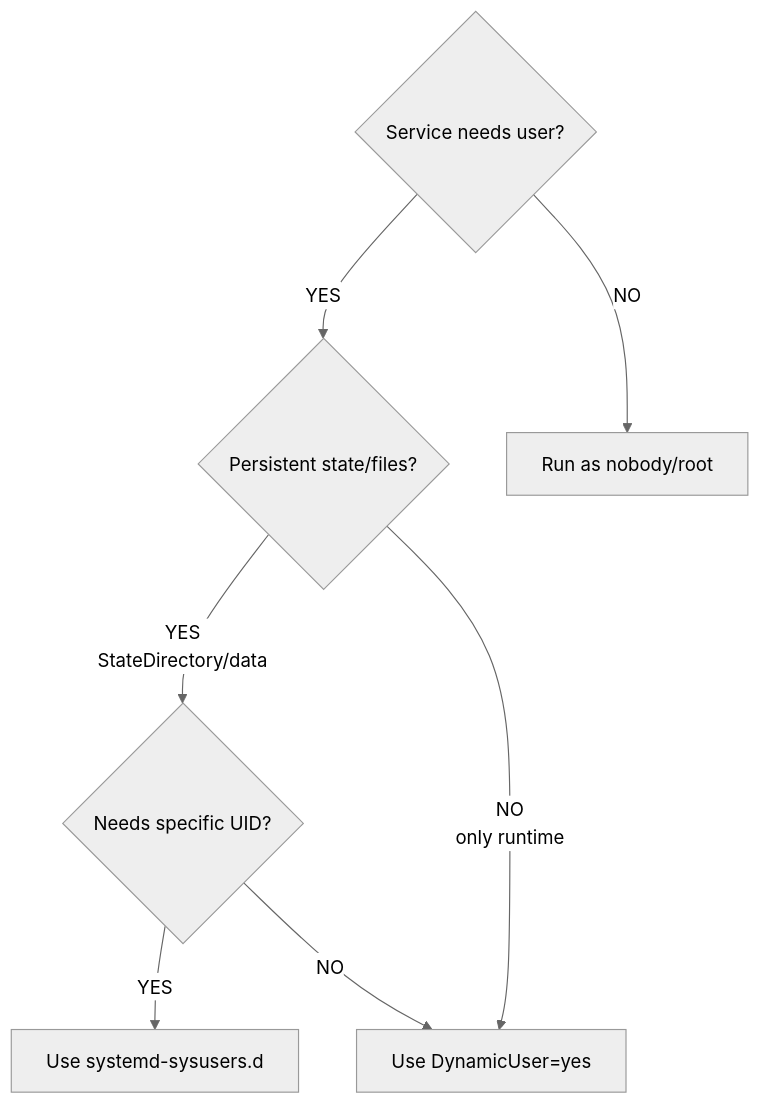
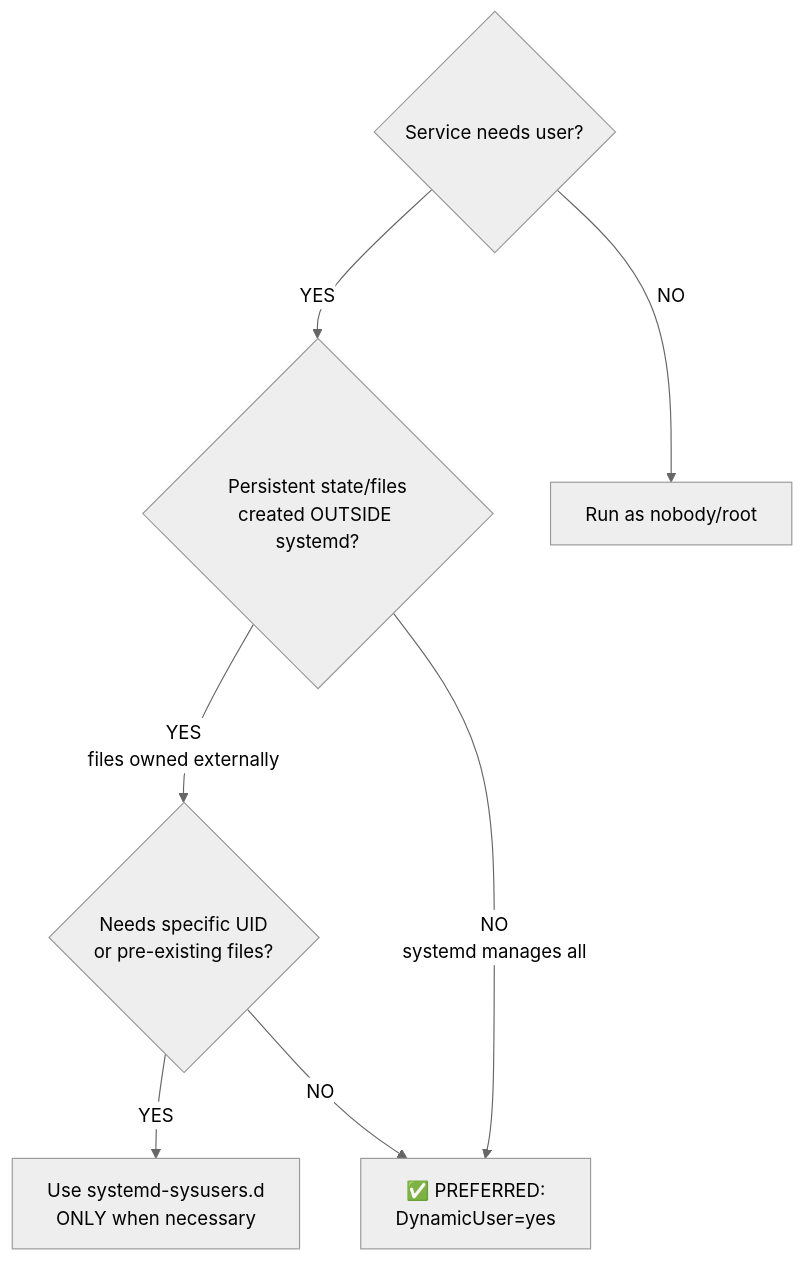
One commit to SteamedFish/dotfiles changed the second of 2 diagrams in .config/agents/skills/archlinux-pkgbuild/systemd-services/SKILL.md. Above: the diagram before and after it, drawn with Mermaid (neutral theme). The commit also changed other lines of this file and 1 other file, not shown here.

First line of the commit message:
skill(archlinux-pkgbuild/systemd-services): mandate service files for daemons and prefer DynamicUser

````diff
--- a/.config/agents/skills/archlinux-pkgbuild/systemd-services/SKILL.md
+++ b/.config/agents/skills/archlinux-pkgbuild/systemd-services/SKILL.md
@@ -46,16 +83,16 @@
 ```mermaid
 flowchart TD
     A{Service needs user?}
-    B{Persistent state/files?}
-    C{Needs specific UID?}
-    D[Use DynamicUser=yes]
-    E[Use systemd-sysusers.d]
+    B{Persistent state/files<br/>created OUTSIDE systemd?}
+    C{Needs specific UID<br/>or pre-existing files?}
+    D[✅ PREFERRED:<br/>DynamicUser=yes]
+    E[Use systemd-sysusers.d<br/>ONLY when necessary]
     F[Run as nobody/root]
     
     A -->|YES| B
     A -->|NO| F
-    B -->|YES<br/>StateDirectory/data| C
-    B -->|NO<br/>only runtime| D
+    B -->|YES<br/>files owned externally| C
+    B -->|NO<br/>systemd manages all| D
     C -->|YES| E
     C -->|NO| D
 ```
````
